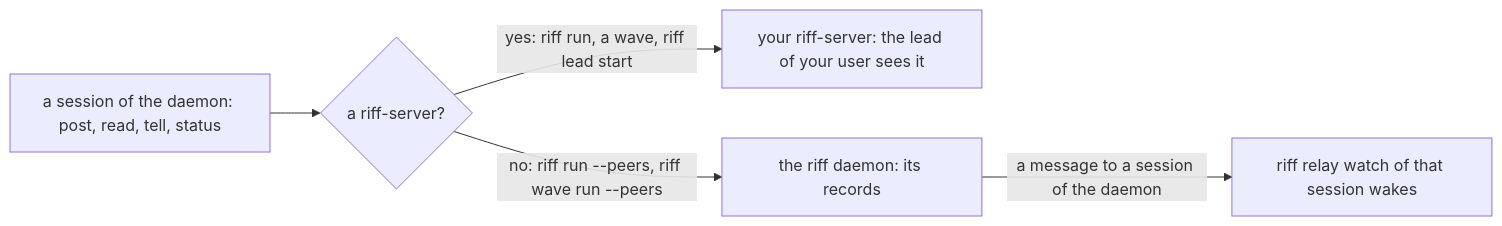
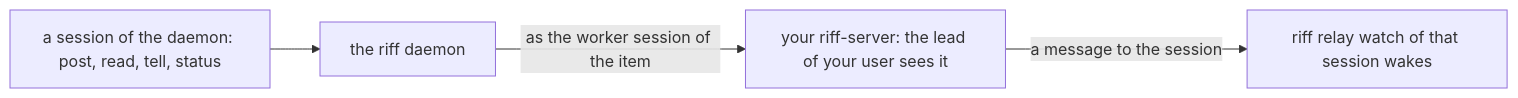
One commit to como-technologies/riff changed diagram 11 of 31 in docs/src/development.md. Above: the diagram before and after it, drawn with Mermaid. The commit also changed other lines of this file and 58 other files, not shown here.

First line of the commit message:
riff 3.0: remove the riff of peers and its code (#1021)

````diff
--- a/docs/src/development.md
+++ b/docs/src/development.md
@@ -1170,7 +996,6 @@
 ```mermaid
 flowchart LR
-    S["a session of the daemon: post, read, tell, status"] --> Q{"a riff-server?"}
-    Q -- "yes: riff run, a wave, riff lead start" --> R["your riff-server: the lead of your user sees it"]
-    Q -- "no: riff run --peers, riff wave run --peers" --> D["the riff daemon: its records"]
-    D -- "a message to a session of the daemon" --> W["riff relay watch of that session wakes"]
+    S["a session of the daemon: post, read, tell, status"] --> D["the riff daemon"]
+    D -- "as the worker session of the item" --> R["your riff-server: the lead of your user sees it"]
+    R -- "a message to the session" --> W["riff relay watch of that session wakes"]
 ```
````
